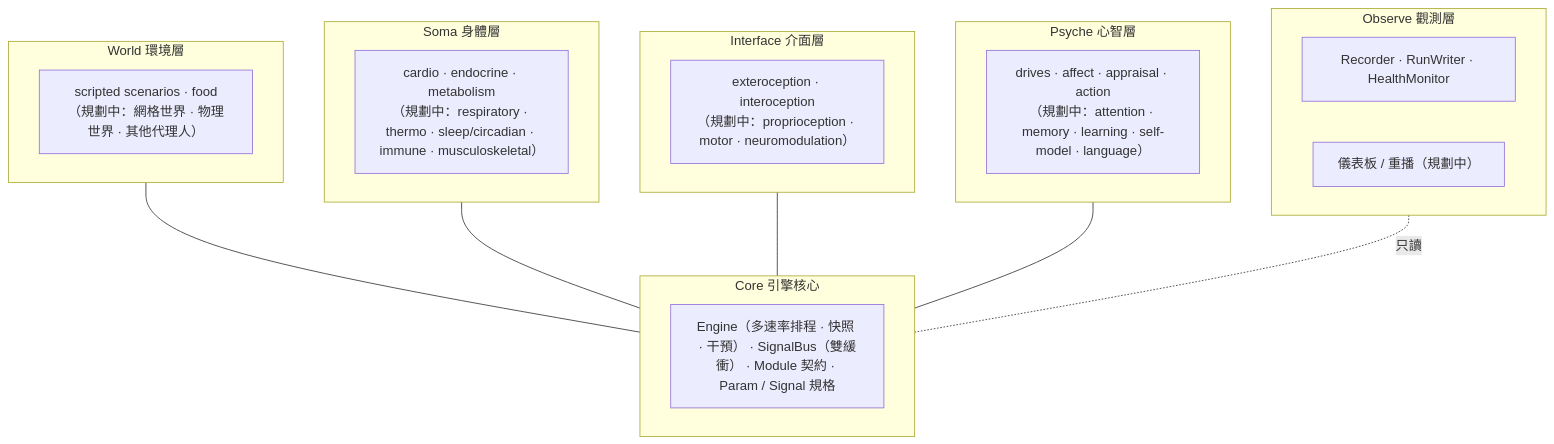
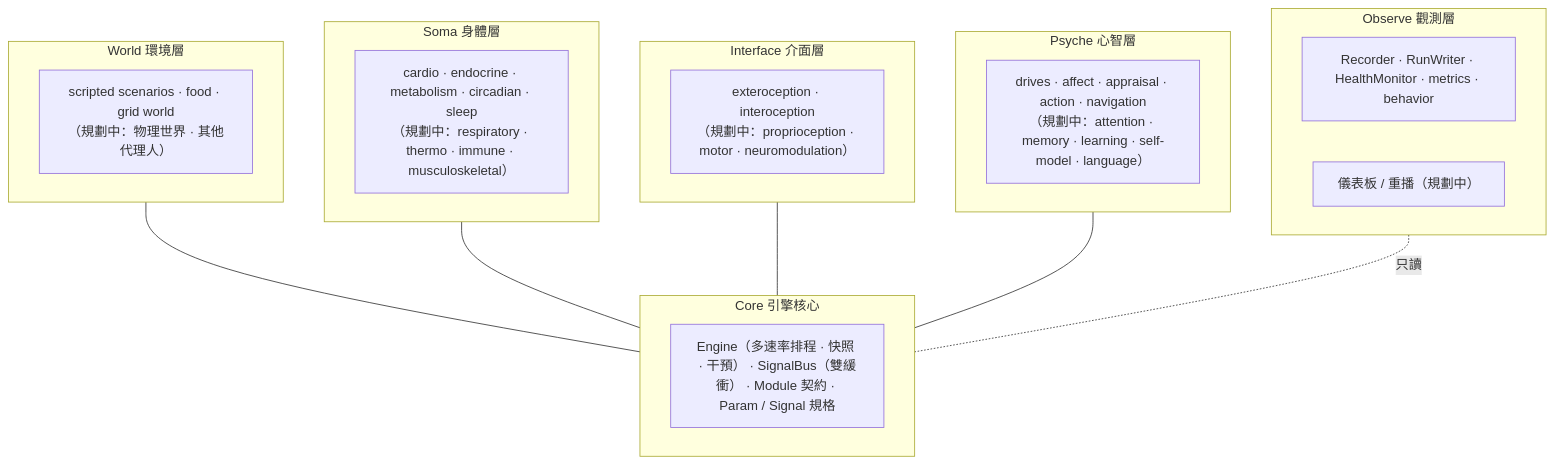
The first of 2 diagrams in docs/ARCHITECTURE.md (Galen-Chu/Unbodysoma), drawn with Mermaid before and after one commit. The commit also changed other lines of this file and 61 other files, not shown here.

````diff
--- a/docs/ARCHITECTURE.md
+++ b/docs/ARCHITECTURE.md
@@ -7,24 +7,24 @@
 ```mermaid
 flowchart TB
     subgraph L5["Observe 觀測層"]
-        REC["Recorder · RunWriter · HealthMonitor"]
+        REC["Recorder · RunWriter · HealthMonitor · metrics · behavior"]
         VIS["儀表板 / 重播（規劃中）"]
     end
     subgraph L4["Psyche 心智層"]
-        P["drives · affect · appraisal · action<br/>（規劃中：attention · memory · learning · self-model · language）"]
+        P["drives · affect · appraisal · action · navigation<br/>（規劃中：attention · memory · learning · self-model · language）"]
     end
     subgraph L3["Interface 介面層"]
         I["exteroception · interoception<br/>（規劃中：proprioception · motor · neuromodulation）"]
     end
     subgraph L2["Soma 身體層"]
-        S["cardio · endocrine · metabolism<br/>（規劃中：respiratory · thermo · sleep/circadian · immune · musculoskeletal）"]
+        S["cardio · endocrine · metabolism · circadian · sleep<br/>（規劃中：respiratory · thermo · immune · musculoskeletal）"]
     end
     subgraph L1["World 環境層"]
-        W["scripted scenarios · food<br/>（規劃中：網格世界 · 物理世界 · 其他代理人）"]
+        W["scripted scenarios · food · grid world<br/>（規劃中：物理世界 · 其他代理人）"]
     end
     subgraph L0["Core 引擎核心"]
         C["Engine（多速率排程 · 快照 · 干預） · SignalBus（雙緩衝） · Module 契約 · Param / Signal 規格"]
     end
     L1 & L2 & L3 & L4 --- L0
     L5 -. 只讀 .- L0
 ```
````
